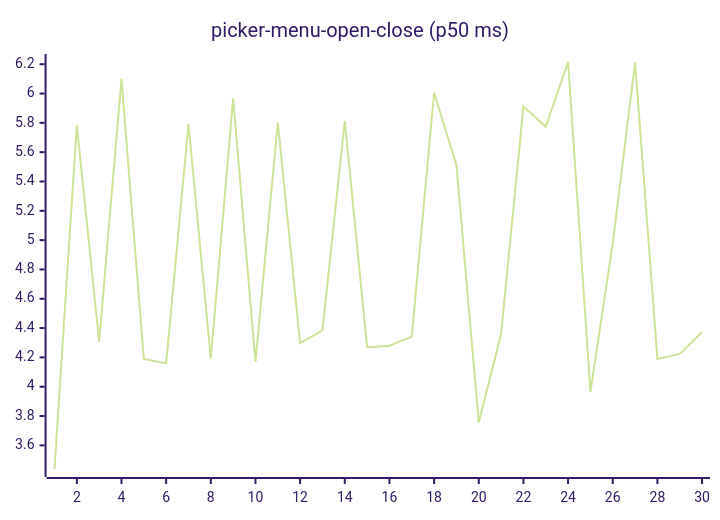
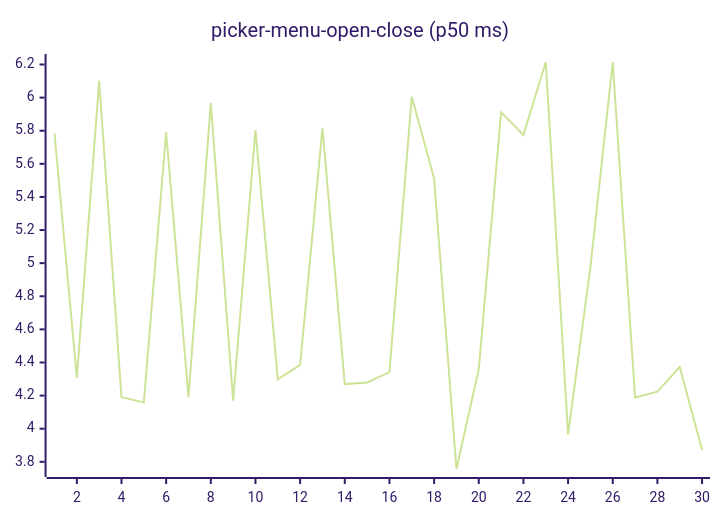
Diagram 16 of 27 in README.md (josha/Facet), drawn with Mermaid (forest theme) before and after one commit. The commit also changed other lines of this file and 2 other files, not shown here.

````diff
--- a/README.md
+++ b/README.md
@@ -168,6 +168,6 @@
 ```mermaid
 xychart-beta
     title "picker-menu-open-close (p50 ms)"
     x-axis 1 --> 30
-    line [3.4388, 5.7846, 4.3066, 6.1012, 4.1897, 4.1591, 5.7919, 4.1912, 5.9674, 4.1698, 5.8037, 4.2981, 4.3851, 5.8139, 4.2694, 4.2792, 4.3416, 6.0052, 5.5122, 3.7566, 4.3593, 5.9114, 5.7740, 6.2151, 3.9652, 4.9760, 6.2132, 4.1891, 4.2236, 4.3733]
+    line [5.7846, 4.3066, 6.1012, 4.1897, 4.1591, 5.7919, 4.1912, 5.9674, 4.1698, 5.8037, 4.2981, 4.3851, 5.8139, 4.2694, 4.2792, 4.3416, 6.0052, 5.5122, 3.7566, 4.3593, 5.9114, 5.7740, 6.2151, 3.9652, 4.9760, 6.2132, 4.1891, 4.2236, 4.3733, 3.8708]
 ```
````
